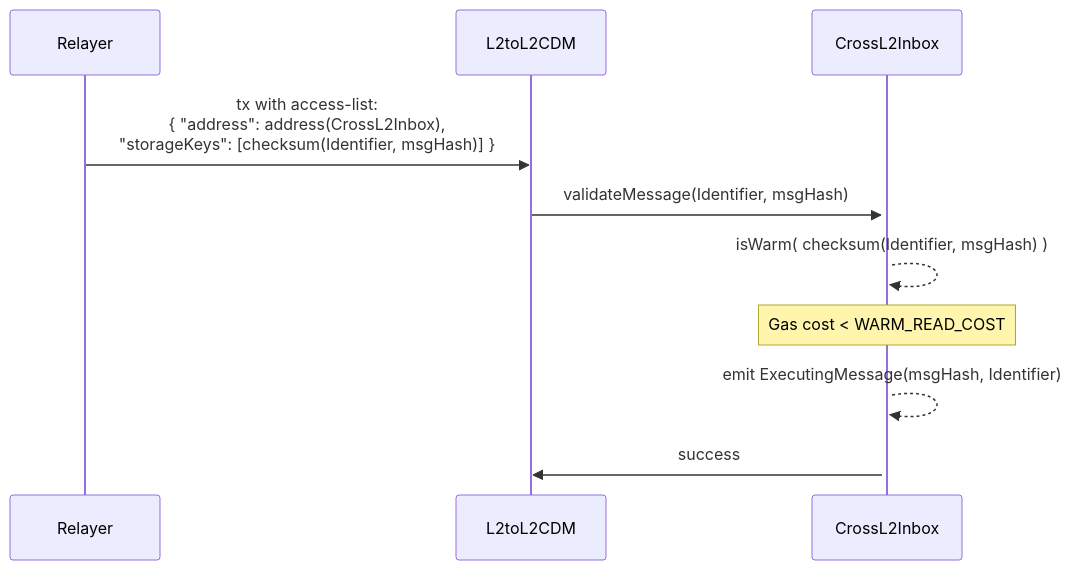
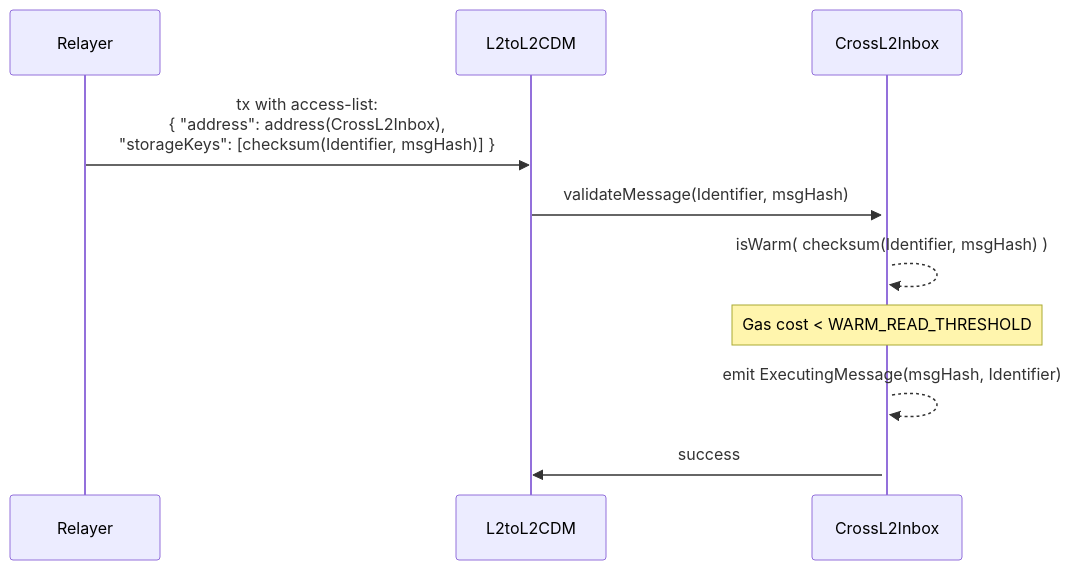
Before and after one commit to ethereum-optimism/design-docs: the first of 2 diagrams in protocol/interop-access-list.md, drawn with Mermaid. The commit also changed other lines of this file, not shown here.

````diff
--- a/protocol/interop-access-list.md
+++ b/protocol/interop-access-list.md
@@ -68,9 +70,9 @@
 ```mermaid
 sequenceDiagram
     Relayer->>L2toL2CDM: tx with access-list: <br>{ "address": address(CrossL2Inbox), <br>"storageKeys": [checksum(Identifier, msgHash)] }
     L2toL2CDM->>+CrossL2Inbox: validateMessage(Identifier, msgHash)
     CrossL2Inbox-->>CrossL2Inbox: isWarm( checksum(Identifier, msgHash) )
-    Note over CrossL2Inbox: Gas cost < WARM_READ_COST
+    Note over CrossL2Inbox: Gas cost < WARM_READ_THRESHOLD
     CrossL2Inbox-->>CrossL2Inbox: emit ExecutingMessage(msgHash, Identifier)
     CrossL2Inbox->>L2toL2CDM: success
 ```
````
